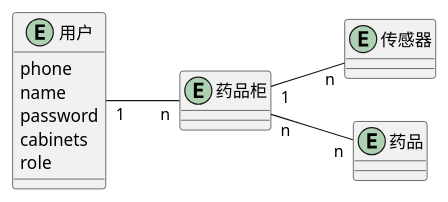
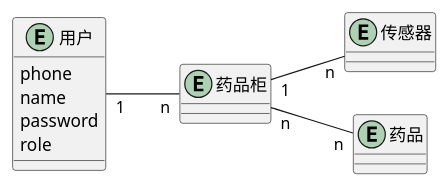
One commit to Grapedge/smart-medicine-cabinet changed the second of 2 diagrams in docs/project.md. Above: the diagram before and after it, drawn with PlantUML. The commit also changed 24 other files, not shown here.

````diff
--- a/docs/project.md
+++ b/docs/project.md
@@ -64,20 +64,19 @@
 ```plantuml
 @startuml
 left to right direction
 entity 用户 {
   phone
   name
   password
-  cabinets
   role
 }
 entity 药品柜 {}
 entity 传感器 {}
 
 entity 药品 {}
 
 用户 "1" -- "n" 药品柜
 药品柜 "1" -- "n" 传感器
 药品柜 "n" -- "n" 药品
 @enduml
 ```
````
